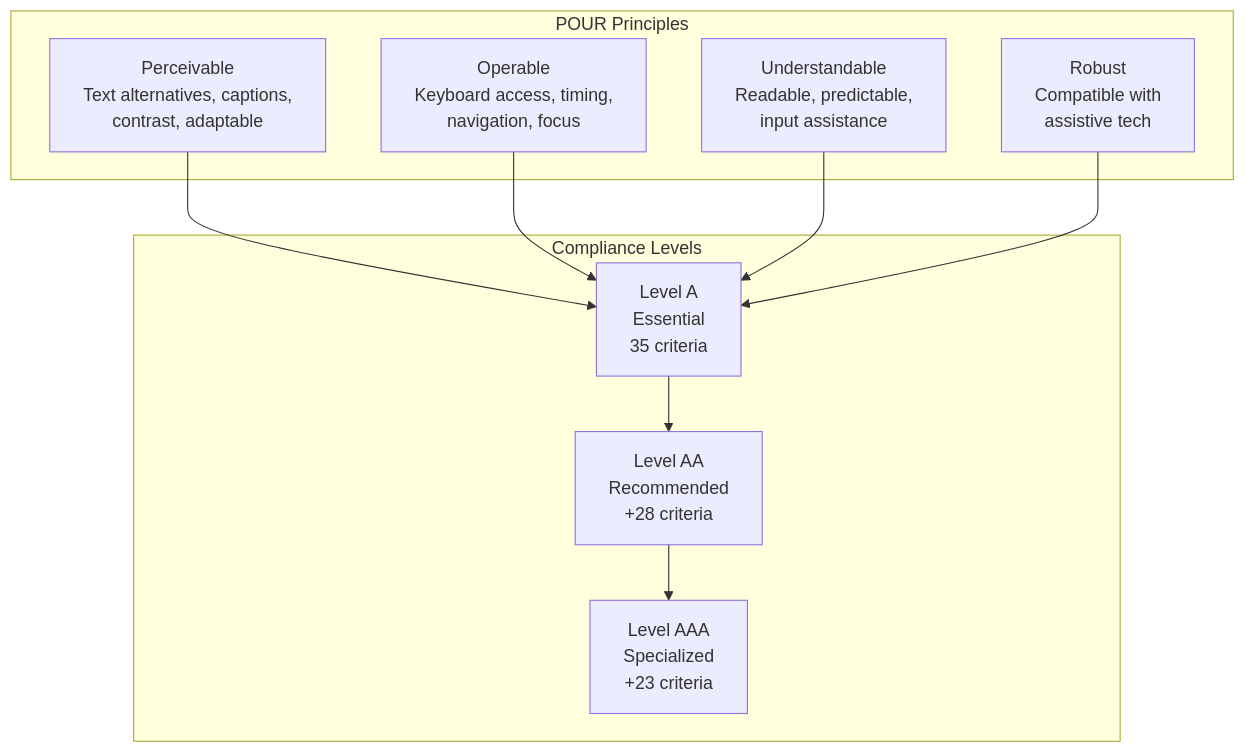
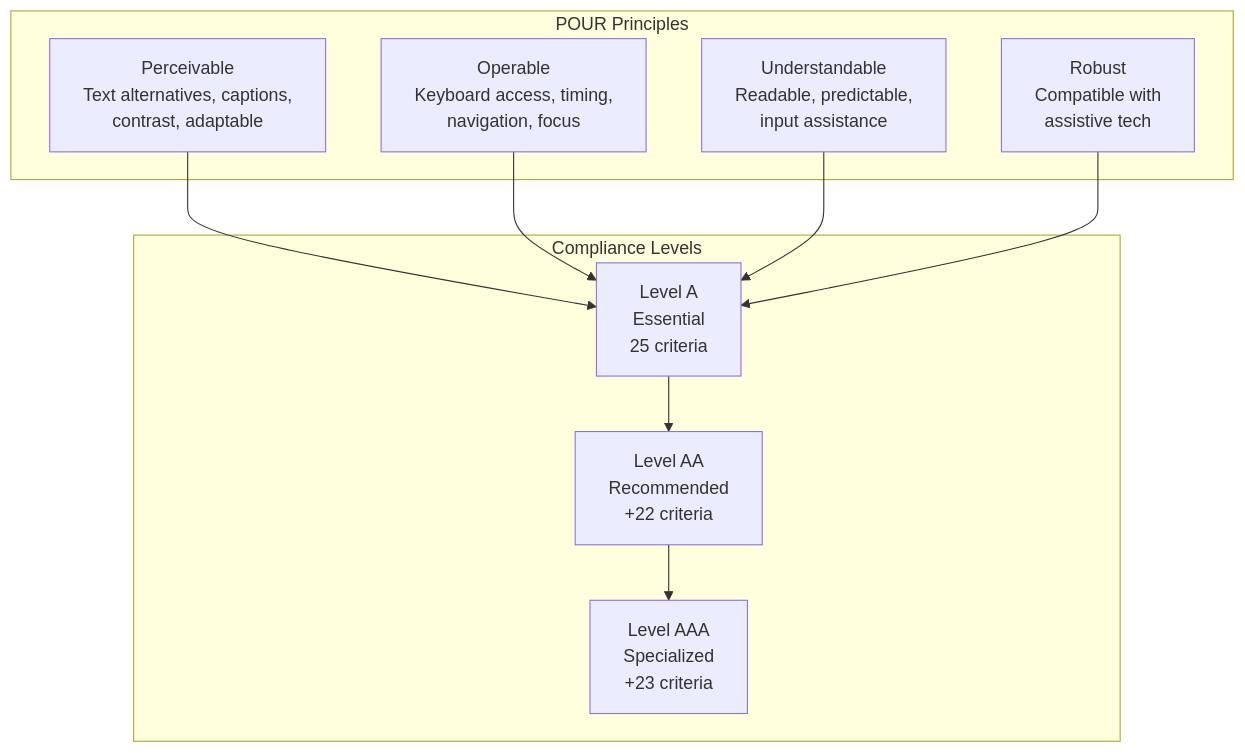
Before and after one commit to sujeet-pro/legacy-personal-site: the diagram in v4/content/posts/deep-dives/web-fundamentals/2023-04-05-accessibility.md, drawn with Mermaid. The commit also changed other lines of this file and 31 other files, not shown here.

````diff
--- a/v4/content/posts/deep-dives/web-fundamentals/2023-04-05-accessibility.md
+++ b/v4/content/posts/deep-dives/web-fundamentals/2023-04-05-accessibility.md
@@ -16,21 +16,21 @@
 ```mermaid
 flowchart TB
     subgraph "POUR Principles"
         P["Perceivable<br/>Text alternatives, captions,<br/>contrast, adaptable"]
         O["Operable<br/>Keyboard access, timing,<br/>navigation, focus"]
         U["Understandable<br/>Readable, predictable,<br/>input assistance"]
         R["Robust<br/>Compatible with<br/>assistive tech"]
     end
 
     subgraph "Compliance Levels"
-        A["Level A<br/>Essential<br/>35 criteria"]
-        AA["Level AA<br/>Recommended<br/>+28 criteria"]
+        A["Level A<br/>Essential<br/>25 criteria"]
+        AA["Level AA<br/>Recommended<br/>+22 criteria"]
         AAA["Level AAA<br/>Specialized<br/>+23 criteria"]
     end
 
     P --> A
     O --> A
     U --> A
     R --> A
     A --> AA --> AAA
 ```
````
